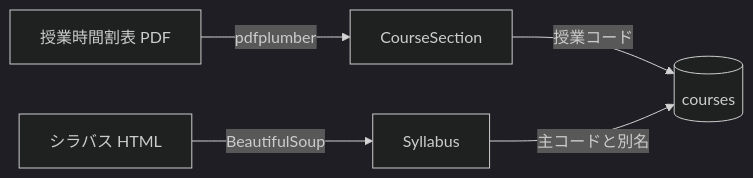
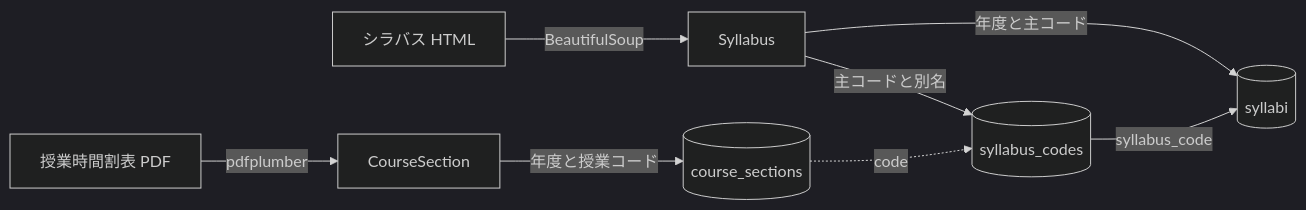
One commit to h11roki/Shirube changed the diagram in docs/data-model.md. Above: the diagram before and after it, drawn with Mermaid (dark theme). The commit also changed other lines of this file and 2 other files, not shown here.

````diff
--- a/docs/data-model.md
+++ b/docs/data-model.md
@@ -5,7 +5,10 @@
 ```mermaid
 flowchart LR
   T[授業時間割表 PDF] -->|pdfplumber| S[CourseSection]
   Y[シラバス HTML] -->|BeautifulSoup| C[Syllabus]
-  S -- 授業コード --> M[(courses)]
-  C -- 主コードと別名 --> M
+  S -- 年度と授業コード --> M[(course_sections)]
+  C -- 年度と主コード --> N[(syllabi)]
+  C -- 主コードと別名 --> K[(syllabus_codes)]
+  K -- syllabus_code --> N
+  M -. code .-> K
 ```
````
